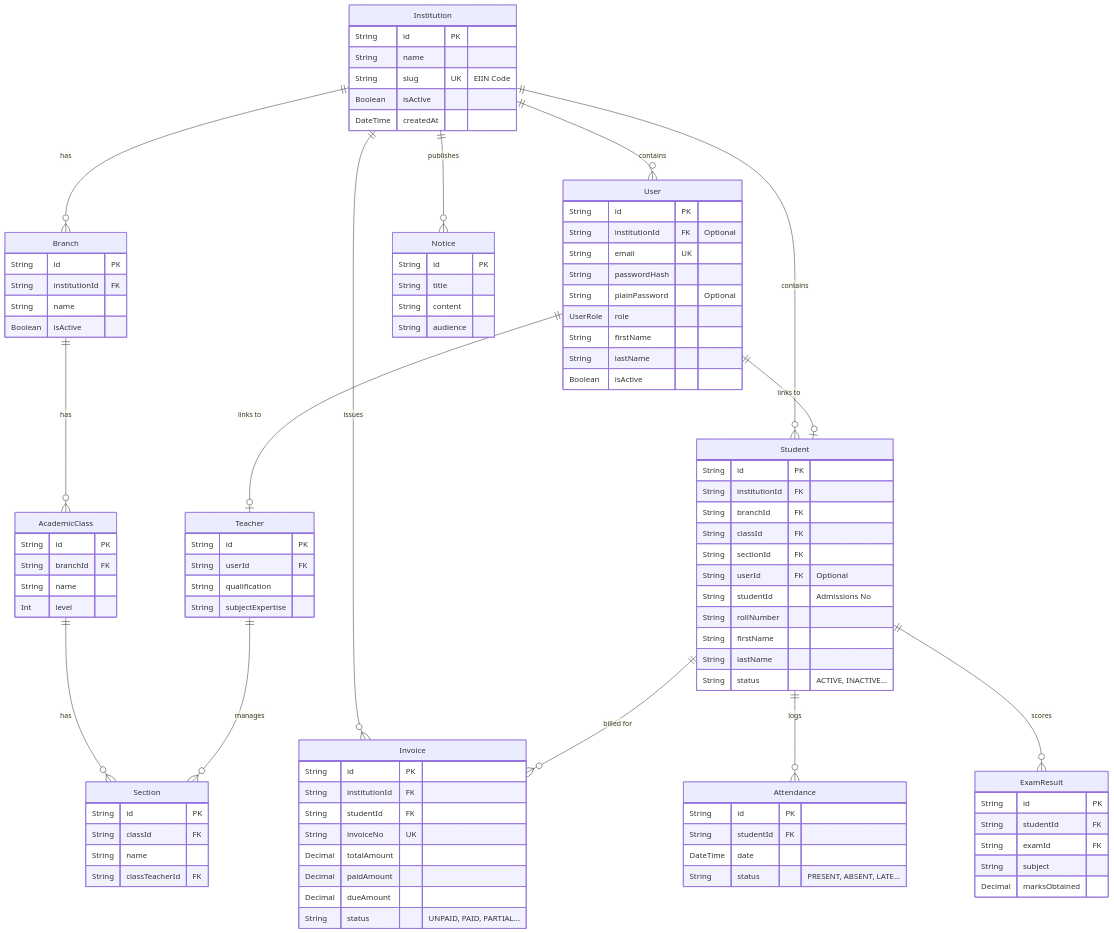
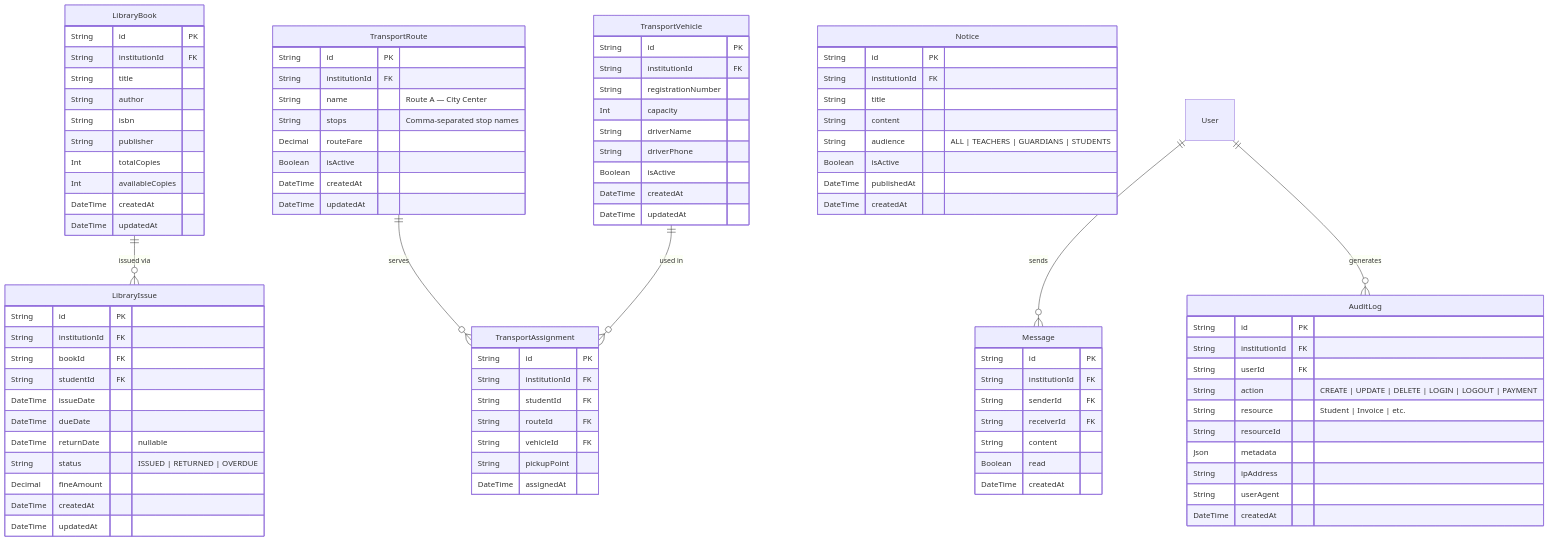
The ninth of 12 diagrams in README.md (RafatAiub/PeopleIT-SMS-student-management-system-), drawn with Mermaid before and after one commit. The commit also changed other lines of this file, not shown here.

Commit message:
docs: complete README rewrite with full 31-model ERD, API overview, role matrix, and project explanation

````diff
--- a/README.md
+++ b/README.md
@@ -78,105 +438,102 @@
 ```mermaid
 erDiagram
-    Institution {
-        String id PK
-        String name
-        String slug UK "EIIN Code"
-        Boolean isActive
+    LibraryBook {
+        String   id              PK
+        String   institutionId   FK
+        String   title
+        String   author
+        String   isbn
+        String   publisher
+        Int      totalCopies
+        Int      availableCopies
+        DateTime createdAt
+        DateTime updatedAt
+    }
+
+    LibraryIssue {
+        String   id            PK
+        String   institutionId FK
+        String   bookId        FK
+        String   studentId     FK
+        DateTime issueDate
+        DateTime dueDate
+        DateTime returnDate       "nullable"
+        String   status           "ISSUED | RETURNED | OVERDUE"
+        Decimal  fineAmount
+        DateTime createdAt
+        DateTime updatedAt
+    }
+
+    TransportVehicle {
+        String   id                 PK
+        String   institutionId      FK
+        String   registrationNumber
+        Int      capacity
+        String   driverName
+        String   driverPhone
+        Boolean  isActive
+        DateTime createdAt
+        DateTime updatedAt
+    }
+
+    TransportRoute {
+        String   id            PK
+        String   institutionId FK
+        String   name             "Route A — City Center"
+        String   stops            "Comma-separated stop names"
+        Decimal  routeFare
+        Boolean  isActive
+        DateTime createdAt
+        DateTime updatedAt
+    }
+
+    TransportAssignment {
+        String   id            PK
+        String   institutionId FK
+        String   studentId     FK
+        String   routeId       FK
+        String   vehicleId     FK
+        String   pickupPoint
+        DateTime assignedAt
+    }
+
+    Notice {
+        String   id            PK
+        String   institutionId FK
+        String   title
+        String   content
+        String   audience         "ALL | TEACHERS | GUARDIANS | STUDENTS"
+        Boolean  isActive
+        DateTime publishedAt
         DateTime createdAt
     }
-    Branch {
-        String id PK
-        String institutionId FK
-        String name
-        Boolean isActive
-    }
-    User {
-        String id PK
-        String institutionId FK "Optional"
-        String email UK
-        String passwordHash
-        String plainPassword "Optional"
-        UserRole role
-        String firstName
-        String lastName
-        Boolean isActive
-    }
-    Student {
-        String id PK
-        String institutionId FK
-        String branchId FK
-        String classId FK
-        String sectionId FK
-        String userId FK "Optional"
-        String studentId "Admissions No"
-        String rollNumber
-        String firstName
-        String lastName
-        String status "ACTIVE, INACTIVE..."
-    }
-    Teacher {
-        String id PK
-        String userId FK
-        String qualification
-        String subjectExpertise
-    }
-    Invoice {
-        String id PK
-        String institutionId FK
-        String studentId FK
-        String invoiceNo UK
-        Decimal totalAmount
-        Decimal paidAmount
-        Decimal dueAmount
-        String status "UNPAID, PAID, PARTIAL..."
-    }
-    AcademicClass {
-        String id PK
-        String branchId FK
-        String name
-        Int level
-    }
-    Section {
-        String id PK
-        String classId FK
-        String name
-        String classTeacherId FK
-    }
-    Attendance {
-        String id PK
-        String studentId FK
-        DateTime date
-        String status "PRESENT, ABSENT, LATE..."
-    }
-    ExamResult {
-        String id PK
-        String studentId FK
-        String examId FK
-        String subject
-        Decimal marksObtained
-    }
-    Notice {
-        String id PK
-        String title
-        String content
-        String audience
+
+    Message {
+        String   id            PK
+        String   institutionId FK
+        String   senderId      FK
+        String   receiverId    FK
+        String   content
+        Boolean  read
+        DateTime createdAt
     }
 
-    Institution ||--o{ Branch : "has"
-    Institution ||--o{ User : "contains"
-    Institution ||--o{ Student : "contains"
-    Institution ||--o{ Invoice : "issues"
-    Institution ||--o{ Notice : "publishes"
+    AuditLog {
+        String   id            PK
+        String   institutionId FK
+        String   userId        FK
+        String   action           "CREATE | UPDATE | DELETE | LOGIN | LOGOUT | PAYMENT"
+        String   resource         "Student | Invoice | etc."
+        String   resourceId
+        Json     metadata
+        String   ipAddress
+        String   userAgent
+        DateTime createdAt
+    }
 
-    Branch ||--o{ AcademicClass : "has"
-    AcademicClass ||--o{ Section : "has"
-
-    User ||--o| Student : "links to"
-    User ||--o| Teacher : "links to"
-    
-    Student ||--o{ Invoice : "billed for"
-    Student ||--o{ Attendance : "logs"
-    Student ||--o{ ExamResult : "scores"
-    
-    Teacher ||--o{ Section : "manages"
+    LibraryBook       ||--o{ LibraryIssue         : "issued via"
+    TransportRoute    ||--o{ TransportAssignment   : "serves"
+    TransportVehicle  ||--o{ TransportAssignment   : "used in"
+    User              ||--o{ Message               : "sends"
+    User              ||--o{ AuditLog              : "generates"
 ```
````
